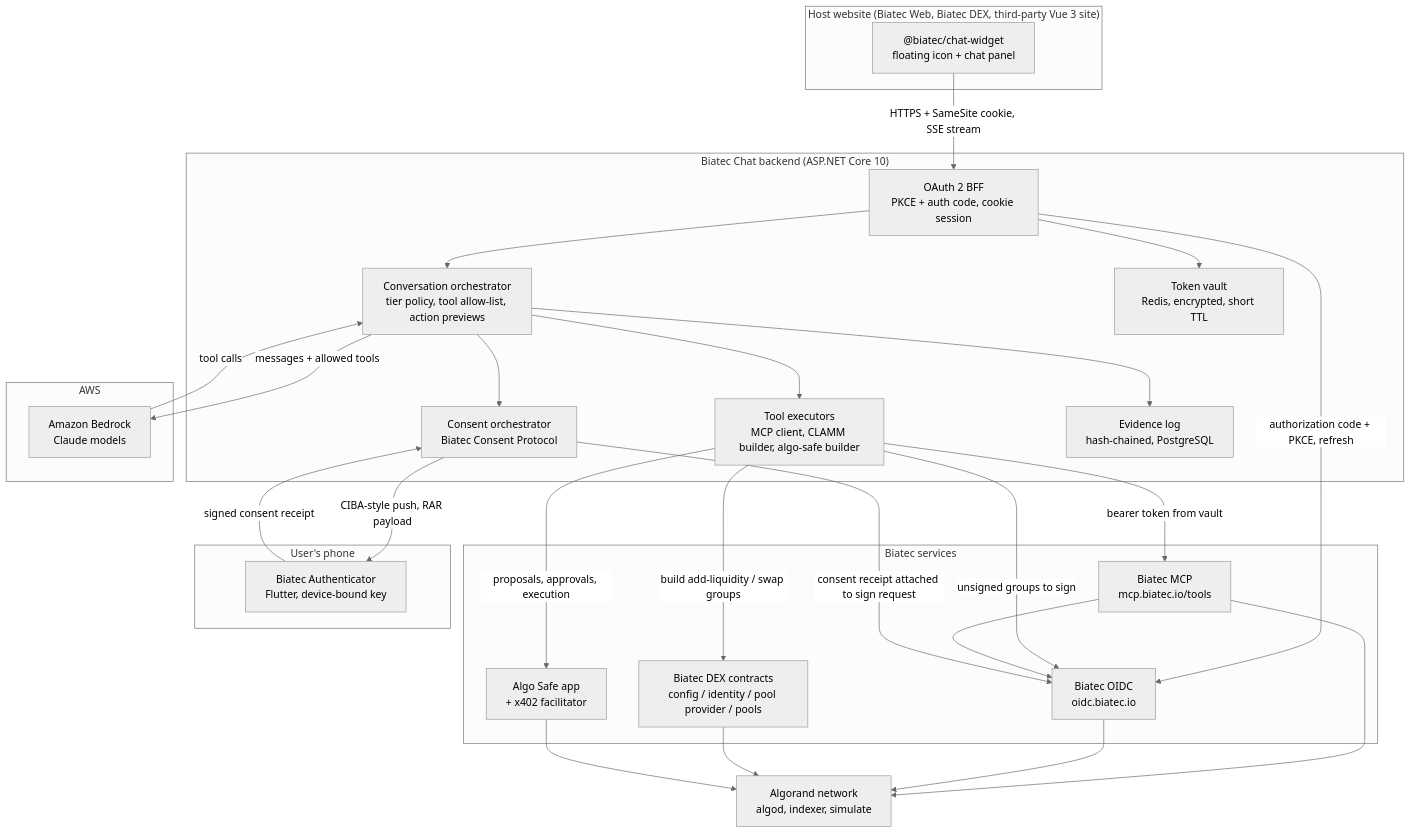
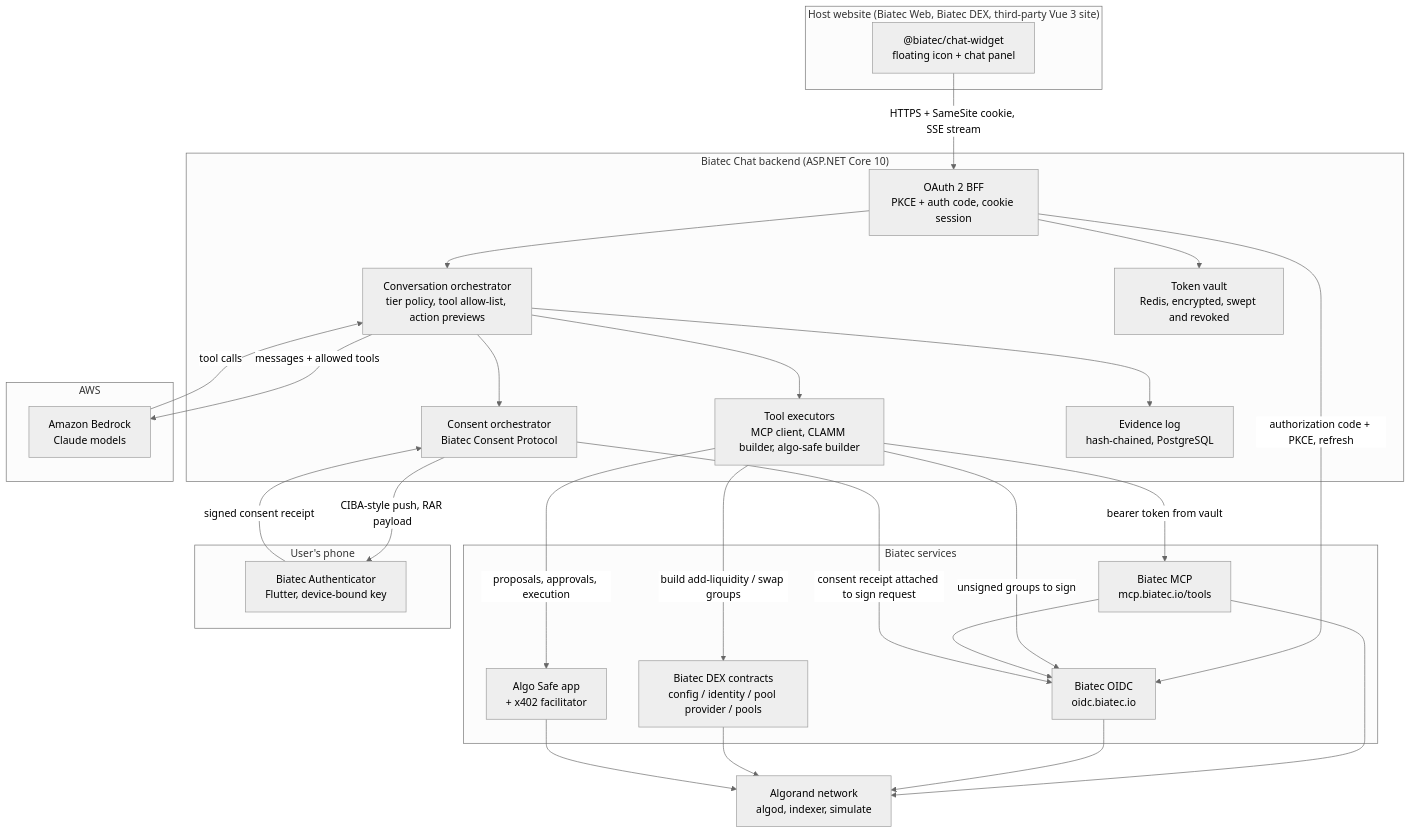
The first of 3 diagrams in PRODUCT-DESCRIPTION.md (scholtz/biatec-chat), drawn with Mermaid (neutral theme) before and after one commit. The commit also changed other lines of this file, not shown here.

````diff
--- a/PRODUCT-DESCRIPTION.md
+++ b/PRODUCT-DESCRIPTION.md
@@ -138,54 +138,54 @@
 ```mermaid
 flowchart TB
     subgraph Host["Host website (Biatec Web, Biatec DEX, third-party Vue 3 site)"]
         W["@biatec/chat-widget<br/>floating icon + chat panel"]
     end
 
     subgraph Backend["Biatec Chat backend (ASP.NET Core 10)"]
         BFF["OAuth 2 BFF<br/>PKCE + auth code, cookie session"]
         ORCH["Conversation orchestrator<br/>tier policy, tool allow-list, action previews"]
         TOOLS["Tool executors<br/>MCP client, CLAMM builder, algo-safe builder"]
         CONSENT["Consent orchestrator<br/>Biatec Consent Protocol"]
         EVID["Evidence log<br/>hash-chained, PostgreSQL"]
-        STORE["Token vault<br/>Redis, encrypted, short TTL"]
+        STORE["Token vault<br/>Redis, encrypted, swept and revoked"]
     end
 
     subgraph AWS["AWS"]
         BR["Amazon Bedrock<br/>Claude models"]
     end
 
     subgraph Biatec["Biatec services"]
         OIDC["Biatec OIDC<br/>oidc.biatec.io"]
         MCP["Biatec MCP<br/>mcp.biatec.io/tools"]
         DEX["Biatec DEX contracts<br/>config / identity / pool provider / pools"]
         SAFE["Algo Safe app<br/>+ x402 facilitator"]
     end
 
     subgraph Mobile["User's phone"]
         AUTH["Biatec Authenticator<br/>Flutter, device-bound key"]
     end
 
     CHAIN["Algorand network<br/>algod, indexer, simulate"]
 
     W -- "HTTPS + SameSite cookie, SSE stream" --> BFF
     BFF --> ORCH
     ORCH -- "messages + allowed tools" --> BR
     BR -- "tool calls" --> ORCH
     ORCH --> TOOLS
     ORCH --> EVID
     ORCH --> CONSENT
     BFF -- "authorization code + PKCE, refresh" --> OIDC
     BFF --> STORE
     TOOLS -- "bearer token from vault" --> MCP
     TOOLS -- "unsigned groups to sign" --> OIDC
     TOOLS -- "build add-liquidity / swap groups" --> DEX
     TOOLS -- "proposals, approvals, execution" --> SAFE
     MCP --> OIDC
     MCP --> CHAIN
     OIDC --> CHAIN
     CONSENT -- "CIBA-style push, RAR payload" --> AUTH
     AUTH -- "signed consent receipt" --> CONSENT
     CONSENT -- "consent receipt attached to sign request" --> OIDC
     DEX --> CHAIN
     SAFE --> CHAIN
 ```
````
